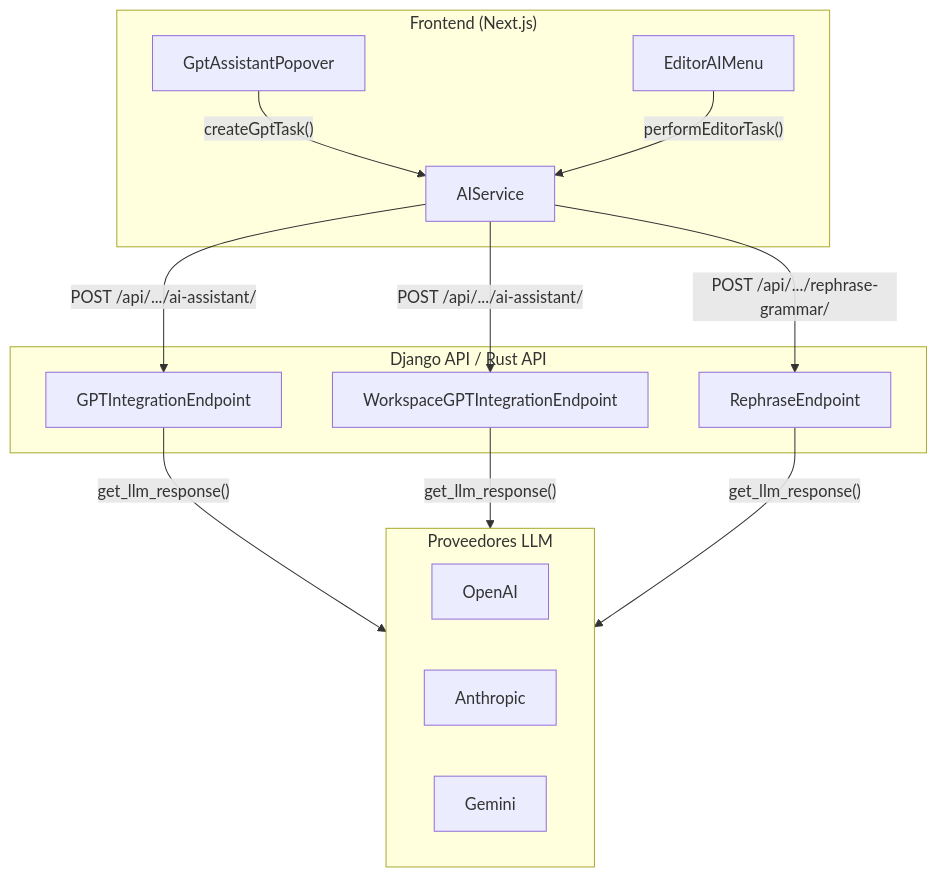
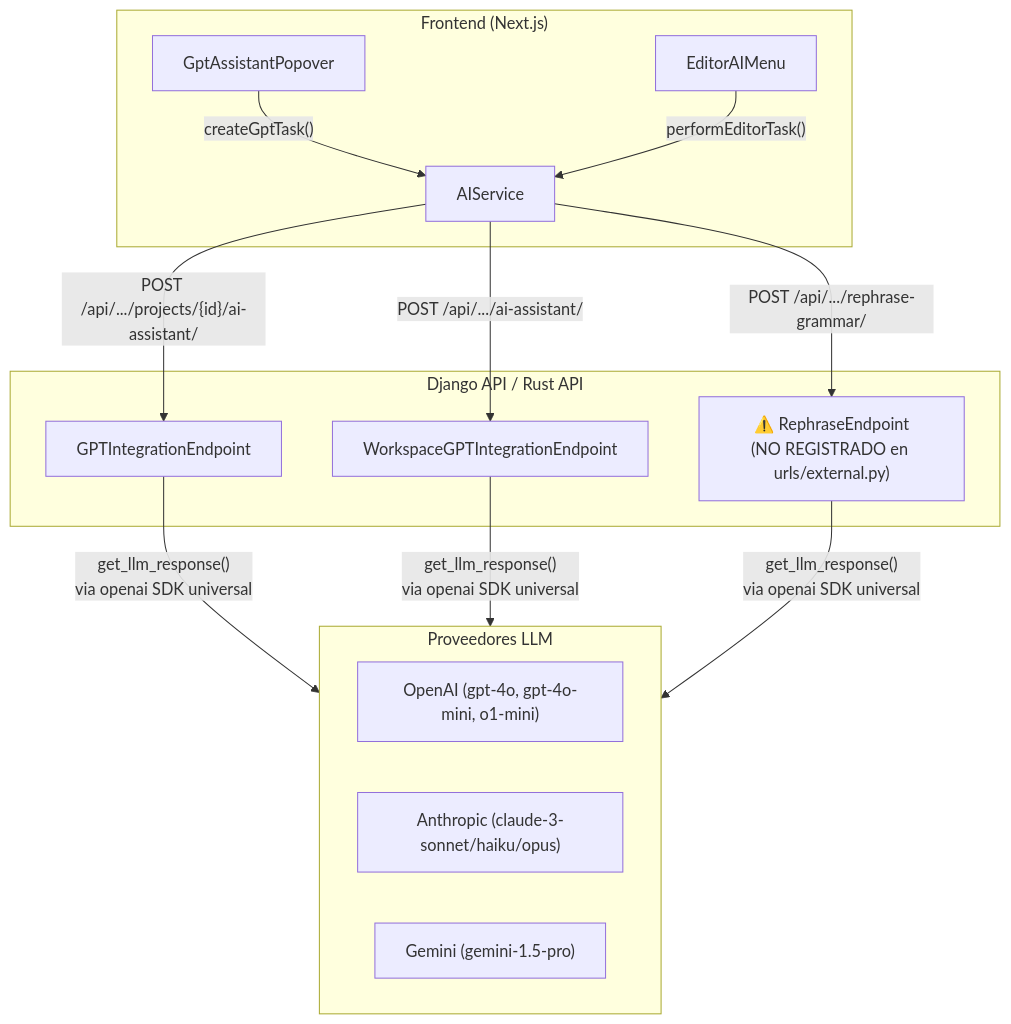
Before and after one commit to codecsrayo/plane: the first of 3 diagrams in docs/api-rust/dominio-ia.md, drawn with Mermaid. The commit also changed 22 other files, not shown here.

First line of the commit message:
docs: restaurar árboles ASCII y verificar diagramas mermaid post-merge 8ccb7f8

````diff
--- a/docs/api-rust/dominio-ia.md
+++ b/docs/api-rust/dominio-ia.md
@@ -34,28 +34,28 @@
 ```mermaid
 flowchart TD
     subgraph Frontend["Frontend (Next.js)"]
         GAP[GptAssistantPopover]
         EAM[EditorAIMenu]
         AIS[AIService]
     end
 
     subgraph Backend["Django API / Rust API"]
         GPT[GPTIntegrationEndpoint]
         WGPT[WorkspaceGPTIntegrationEndpoint]
-        REPH[RephraseEndpoint]
+        REPH["⚠️ RephraseEndpoint\n(NO REGISTRADO en urls/external.py)"]
     end
 
     subgraph LLM["Proveedores LLM"]
-        OAI[OpenAI]
-        ANT[Anthropic]
-        GEM[Gemini]
+        OAI["OpenAI (gpt-4o, gpt-4o-mini, o1-mini)"]
+        ANT["Anthropic (claude-3-sonnet/haiku/opus)"]
+        GEM["Gemini (gemini-1.5-pro)"]
     end
 
     GAP -- "createGptTask()" --> AIS
     EAM -- "performEditorTask()" --> AIS
-    AIS -- "POST /api/.../ai-assistant/" --> GPT
+    AIS -- "POST /api/.../projects/{id}/ai-assistant/" --> GPT
     AIS -- "POST /api/.../ai-assistant/" --> WGPT
     AIS -- "POST /api/.../rephrase-grammar/" --> REPH
 
-    GPT & WGPT & REPH -- "get_llm_response()" --> LLM
+    GPT & WGPT & REPH -- "get_llm_response()\nvia openai SDK universal" --> LLM
 ```
````
